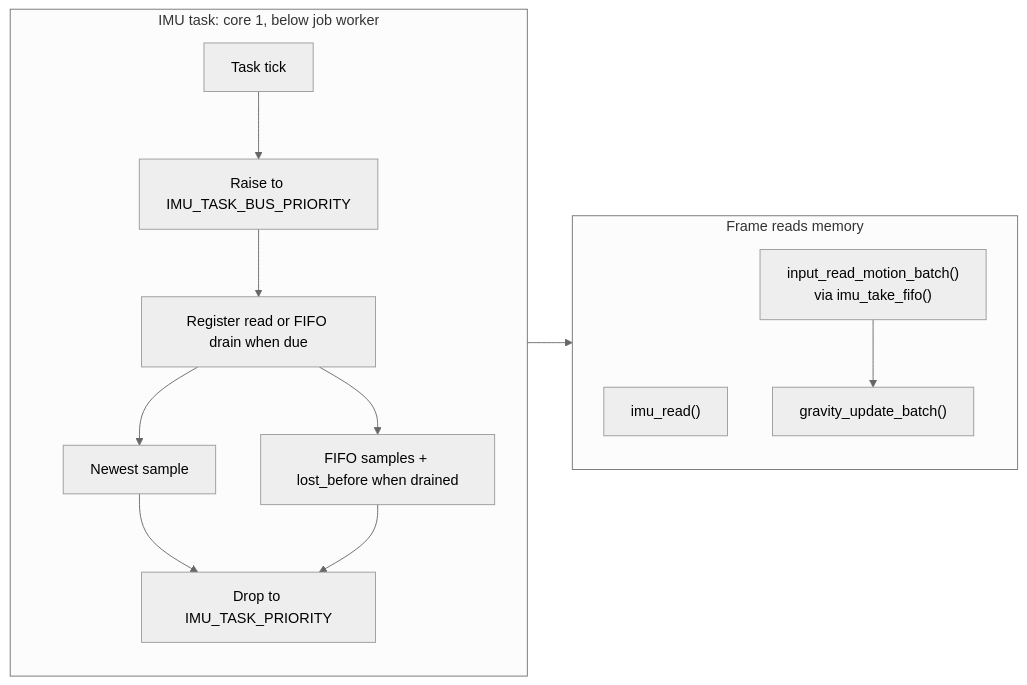
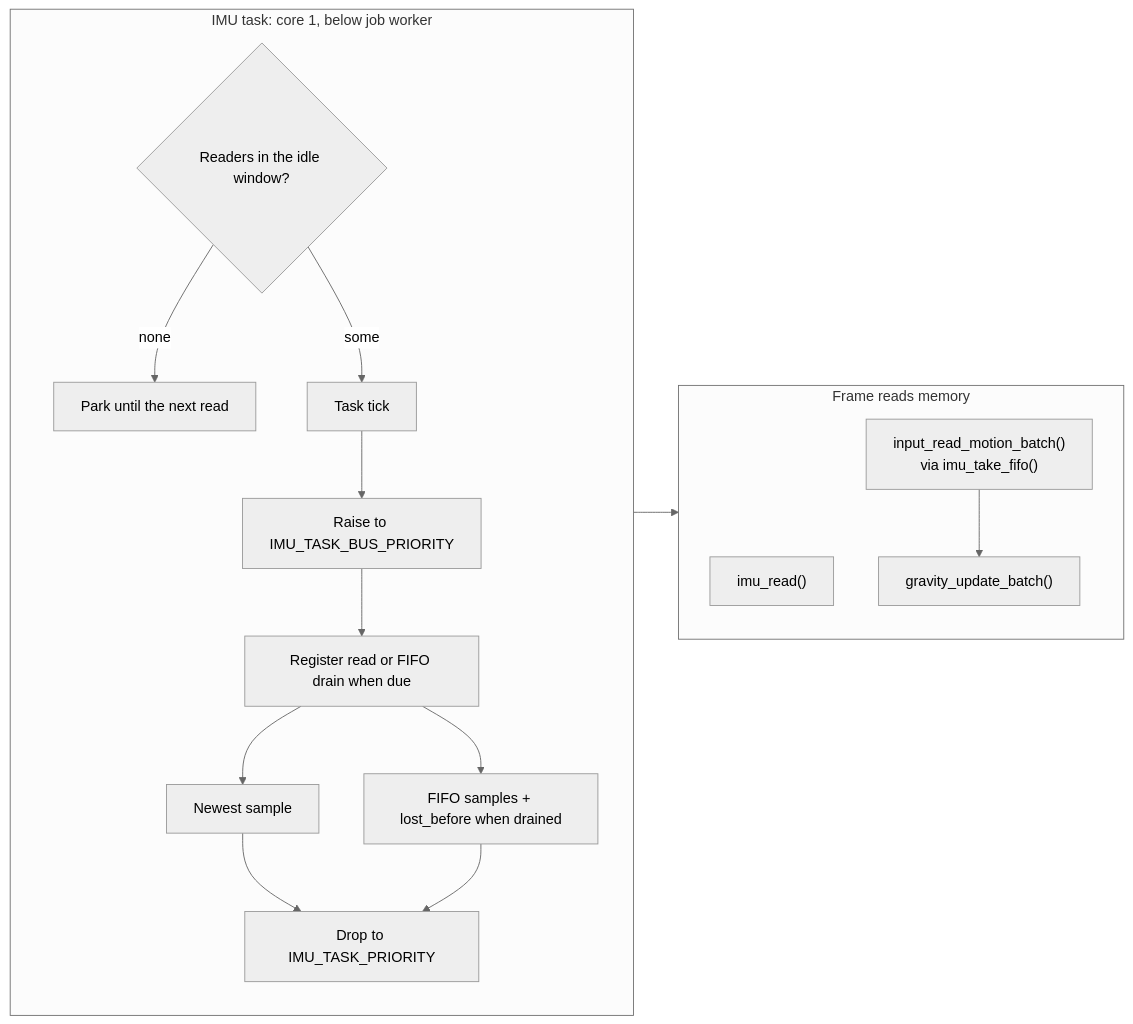
The second of 3 diagrams in docs/input/Gravity.md (jose-villegas/autana), drawn with Mermaid (neutral theme) before and after one commit. The commit also changed other lines of this file and 6 other files, not shown here.

````diff
--- a/docs/input/Gravity.md
+++ b/docs/input/Gravity.md
@@ -125,15 +135,17 @@
 ```mermaid
 flowchart LR
     subgraph Task["IMU task: core 1, below job worker"]
         direction TB
+        Demand{"Readers in the idle window?"} -->|none| Park["Park until the next read"]
+        Demand -->|some| Tick
         Tick["Task tick"] --> Boost["Raise to IMU_TASK_BUS_PRIORITY"] --> Read["Register read or FIFO drain when due"]
         Read --> Newest["Newest sample"] & Queue["FIFO samples + lost_before when drained"]
         Newest & Queue --> Drop["Drop to IMU_TASK_PRIORITY"]
     end
     subgraph Frame["Frame reads memory"]
         direction TB
         R["imu_read()"]
         T["input_read_motion_batch()<br/>via imu_take_fifo()"] --> G["gravity_update_batch()"]
     end
     Task --> Frame
 ```
````
